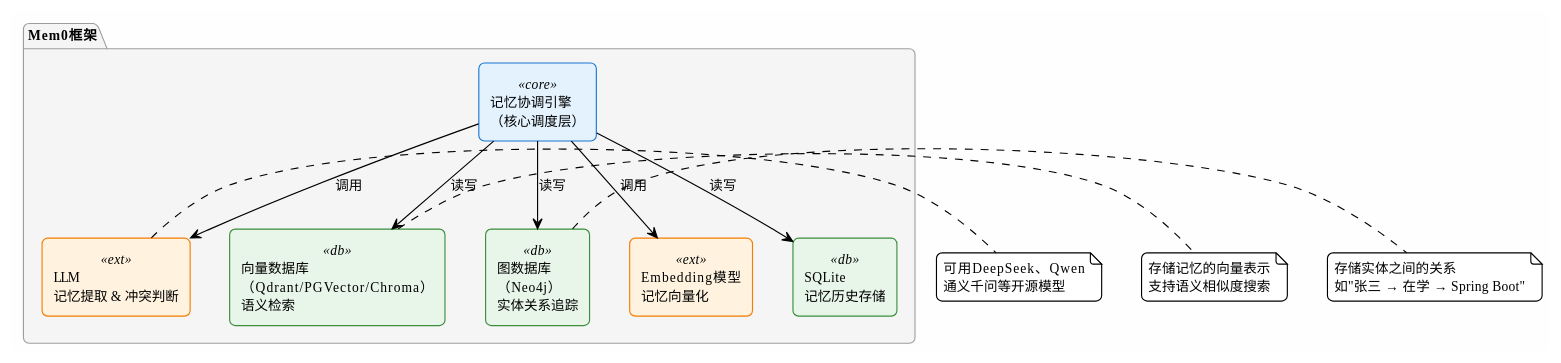
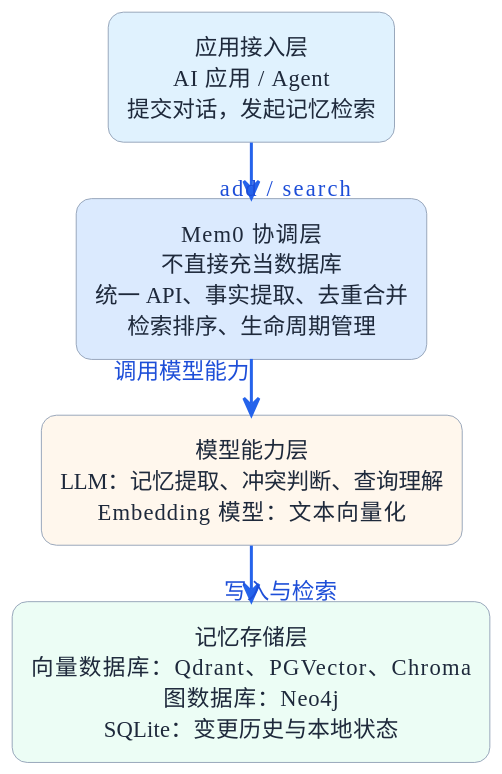
One commit to shining-stars-l/javaup changed the first of 3 diagrams in docs/55-超级智能体/35-会话记忆的详细设计/04-长期记忆与Mem0框架详解.md. Above: the diagram before and after it, drawn with PlantUML. The commit also changed other lines of this file and 2 other files, not shown here.

Commit message:
添加会话记忆的讲解内容

````diff
--- a/docs/55-超级智能体/35-会话记忆的详细设计/04-长期记忆与Mem0框架详解.md
+++ b/docs/55-超级智能体/35-会话记忆的详细设计/04-长期记忆与Mem0框架详解.md
@@ -108,45 +108,39 @@
-```plantuml title="Mem0的架构组成" width="100%" align="left"
+```plantuml title="Mem0的架构组成" width="45%" align="left"
 @startuml
-!theme plain
-skinparam backgroundColor #FEFEFE
-skinparam roundcorner 10
+top to bottom direction
+skinparam backgroundColor transparent
+skinparam shadowing false
+skinparam roundcorner 16
 skinparam defaultFontName "Microsoft YaHei"
-skinparam defaultFontSize 12
+skinparam defaultFontSize 13
+skinparam defaultTextAlignment center
+skinparam linetype ortho
+skinparam nodesep 24
+skinparam ranksep 30
+skinparam dpi 160
+skinparam ArrowColor #2563EB
+skinparam ArrowThickness 1.6
+skinparam ArrowFontColor #1D4ED8
+skinparam ArrowFontSize 12
 
-skinparam package {
-  BackgroundColor #F5F5F5
-  BorderColor #9E9E9E
+skinparam rectangle {
+  BorderColor #94A3B8
+  BackgroundColor #FFFFFF
+  FontColor #1E293B
+  FontSize 12
 }
 
-skinparam rectangle {
-  BackgroundColor<<core>> #E3F2FD
-  BorderColor<<core>> #1976D2
-  BackgroundColor<<ext>> #FFF3E0
-  BorderColor<<ext>> #F57C00
-  BackgroundColor<<db>> #E8F5E9
-  BorderColor<<db>> #388E3C
-}
+rectangle "应用接入层\nAI 应用 / Agent\n提交对话，发起记忆检索" as APP #E0F2FE
 
-package "Mem0框架" {
-  rectangle "记忆协调引擎\n（核心调度层）" <<core>> as CORE
+rectangle "Mem0 协调层\n不直接充当数据库\n统一 API、事实提取、去重合并\n检索排序、生命周期管理" as CORE #DBEAFE
 
-  rectangle "LLM\n记忆提取 & 冲突判断" <<ext>> as LLM
-  rectangle "Embedding模型\n记忆向量化" <<ext>> as EMB
+rectangle "模型能力层\nLLM：记忆提取、冲突判断、查询理解\nEmbedding 模型：文本向量化" as MODEL #FFF7ED
 
-  rectangle "向量数据库\n（Qdrant/PGVector/Chroma）\n语义检索" <<db>> as VDB
-  rectangle "图数据库\n（Neo4j）\n实体关系追踪" <<db>> as GDB
-  rectangle "SQLite\n记忆历史存储" <<db>> as SQLITE
-}
+rectangle "记忆存储层\n向量数据库：Qdrant、PGVector、Chroma\n图数据库：Neo4j\nSQLite：变更历史与本地状态" as STORE #ECFDF5
 
-CORE -down-> LLM : 调用
-CORE -down-> EMB : 调用
-CORE -down-> VDB : 读写
-CORE -down-> GDB : 读写
-CORE -down-> SQLITE : 读写
-
-note right of LLM : 可用DeepSeek、Qwen\n通义千问等开源模型
-note right of VDB : 存储记忆的向量表示\n支持语义相似度搜索
-note right of GDB : 存储实体之间的关系\n如"张三 → 在学 → Spring Boot"
+APP -down-> CORE : add / search
+CORE -down-> MODEL : 调用模型能力
+MODEL -down-> STORE : 写入与检索
 
 @enduml
 ```
````
